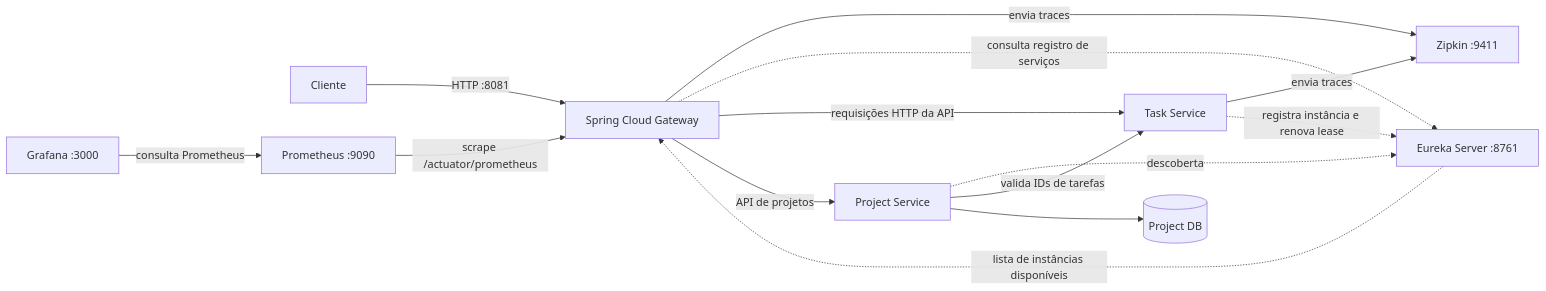
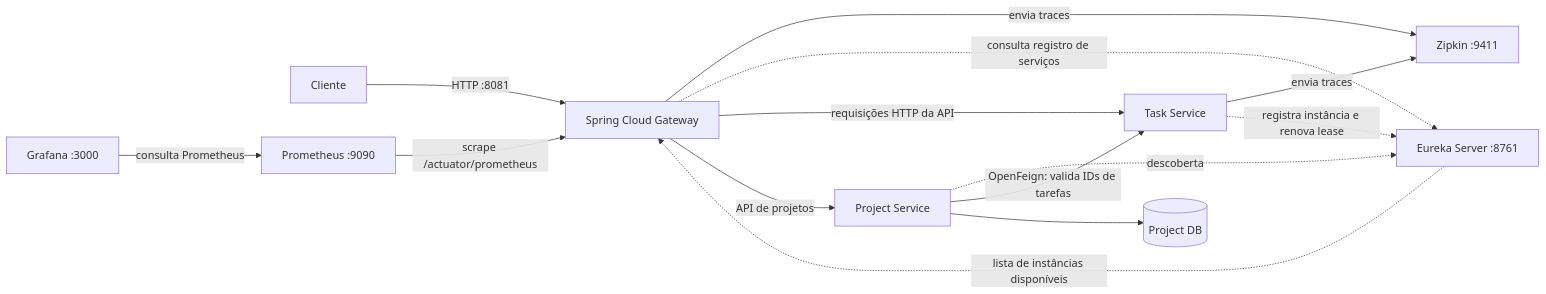
The first of 2 diagrams in README.md (AlessandroSoaresRangel/estudo-microsservicos), drawn with Mermaid before and after one commit. The commit also changed other lines of this file and 46 other files, not shown here.

Commit message:
Integra serviços com OpenFeign e exige projeto nas tarefas

````diff
--- a/README.md
+++ b/README.md
@@ -7,16 +7,16 @@
 ```mermaid
 flowchart LR
     C[Cliente] -->|HTTP :8081| G[Spring Cloud Gateway]
     P[Prometheus :9090] -->|scrape /actuator/prometheus| G
     D[Grafana :3000] -->|consulta Prometheus| P
     G -->|envia traces| Z[Zipkin :9411]
     T -->|envia traces| Z
     G -.->|consulta registro de serviços| E[Eureka Server :8761]
     E -.->|lista de instâncias disponíveis| G
     G -->|requisições HTTP da API| T[Task Service]
     T -.->|registra instância e renova lease| E
     G -->|API de projetos| PR[Project Service]
     PR -.->|descoberta| E
-    PR -->|valida IDs de tarefas| T
+    PR -->|OpenFeign: valida IDs de tarefas| T
     PR --> PDB[(Project DB)]
 ```
````
